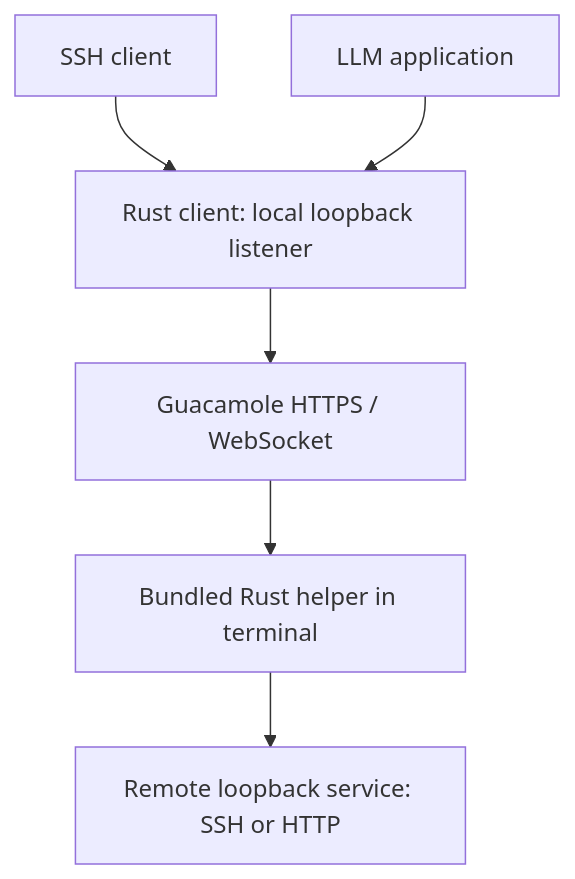
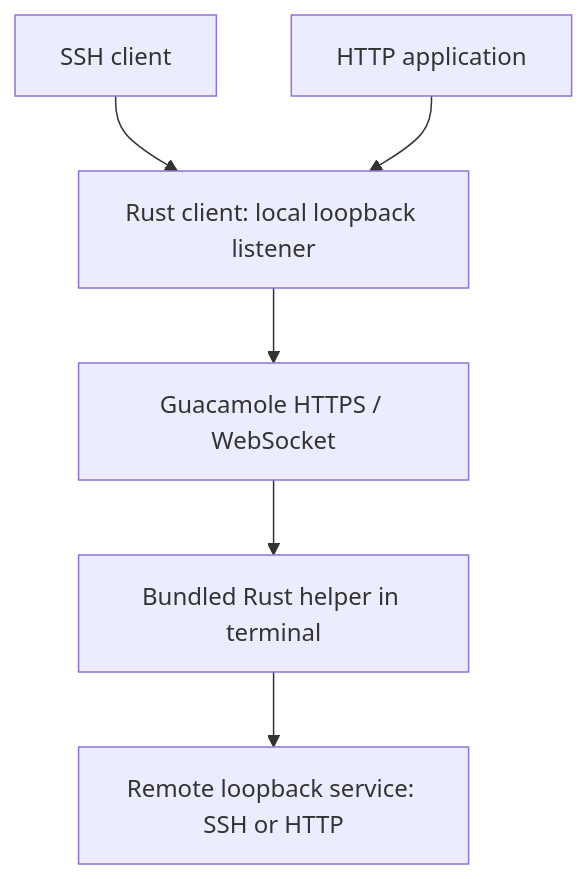
One commit to himbeles/guac-bridge changed the first of 2 diagrams in docs/connections.md. Above: the diagram before and after it, drawn with Mermaid. The commit also changed other lines of this file and 23 other files, not shown here.

````diff
--- a/docs/connections.md
+++ b/docs/connections.md
@@ -3,8 +3,8 @@
 ```mermaid
 flowchart TD
     SSH["SSH client"] --> Local["Rust client: local loopback listener"]
-    HTTP["LLM application"] --> Local
+    HTTP["HTTP application"] --> Local
     Local --> Guac["Guacamole HTTPS / WebSocket"]
     Guac --> Agent["Bundled Rust helper in terminal"]
     Agent --> Service["Remote loopback service: SSH or HTTP"]
 ```
````
